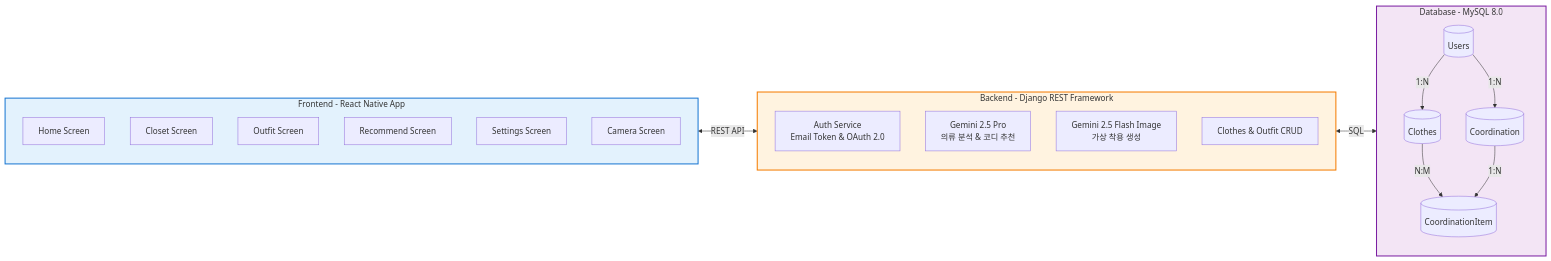
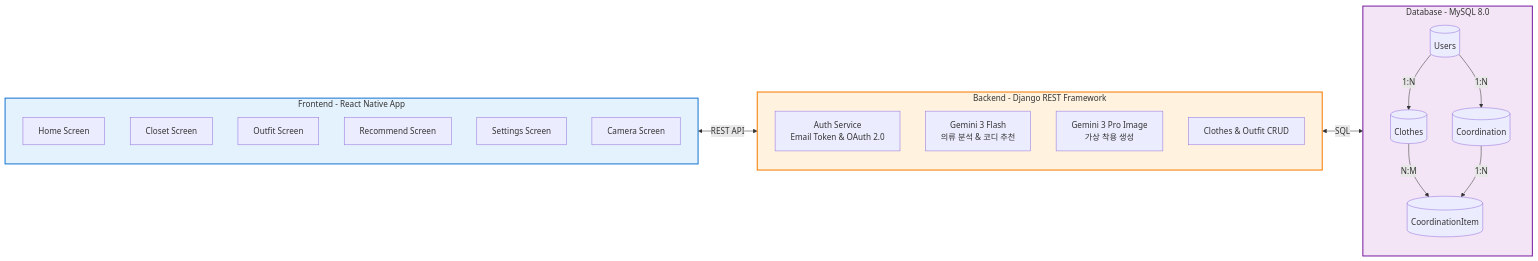
The first of 2 diagrams in README.md (deltaomega02/orbit), drawn with Mermaid before and after one commit. The commit also changed other lines of this file and 4 other files, not shown here.

First line of the commit message:
Revert "fix: 실제 사용 모델로 정정 — Gemini 2.5 Pro / 2.5 Flash Image"

````diff
--- a/README.md
+++ b/README.md
@@ -143,40 +143,40 @@
 ```mermaid
 flowchart LR
     subgraph Client["Frontend - React Native App"]
         direction TB
         A1[Home Screen]
         A2[Closet Screen]
         A3[Outfit Screen]
         A4[Recommend Screen]
         A5[Settings Screen]
         A6[Camera Screen]
     end
 
     subgraph Server["Backend - Django REST Framework"]
         direction TB
         B1[Auth Service<br/>Email Token & OAuth 2.0]
-        B2[Gemini 2.5 Pro<br/>의류 분석 & 코디 추천]
-        B3[Gemini 2.5 Flash Image<br/>가상 착용 생성]
+        B2[Gemini 3 Flash<br/>의류 분석 & 코디 추천]
+        B3[Gemini 3 Pro Image<br/>가상 착용 생성]
         B4[Clothes & Outfit CRUD]
     end
 
     subgraph DB["Database - MySQL 8.0"]
         direction TB
         C1[(Users)]
         C2[(Clothes)]
         C3[(Coordination)]
         C4[(CoordinationItem)]
     end
 
     Client <-->|REST API| Server
     Server <-->|SQL| DB
 
     C1 -->|1:N| C2
     C1 -->|1:N| C3
     C2 -->|N:M| C4
     C3 -->|1:N| C4
 
     style Client fill:#e3f2fd,stroke:#1976d2,stroke-width:2px
     style Server fill:#fff3e0,stroke:#f57c00,stroke-width:2px
     style DB fill:#f3e5f5,stroke:#7b1fa2,stroke-width:2px
 ```
````
